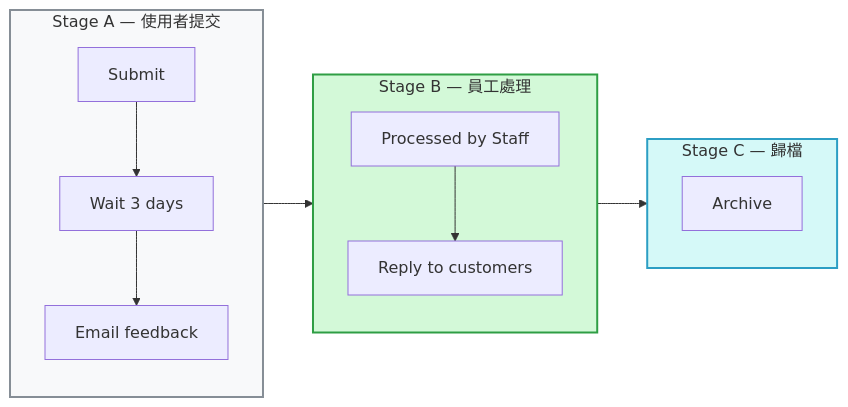
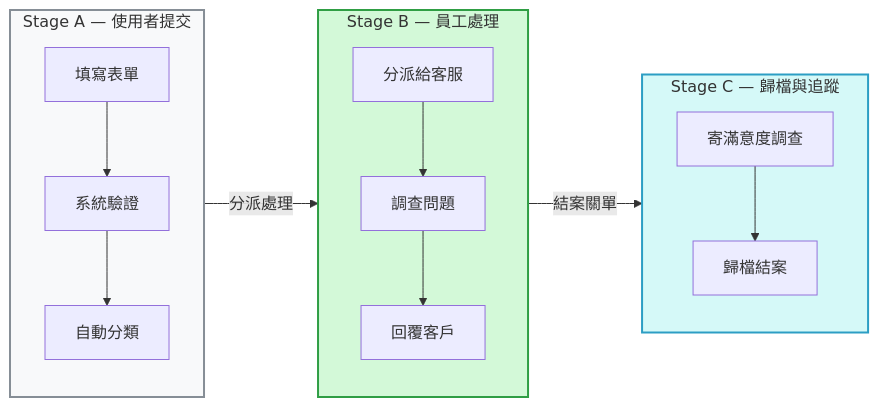
Before and after one commit to kouko/monkey-skills: diagram 14 of 15 in obsidian/skills/obsidian-mermaid-visualizer/flow/flowchart.md, drawn with Mermaid. The commit also changed other lines of this file, not shown here.

First paragraph of the commit message:
docs(obsidian-mermaid-visualizer): revise Example 7 step distribution + add transition labels to Examples 7 & 8 (PR #107 update)
Two user-requested refinements to the Example 7/8 pair.

````diff
--- a/obsidian/skills/obsidian-mermaid-visualizer/flow/flowchart.md
+++ b/obsidian/skills/obsidian-mermaid-visualizer/flow/flowchart.md
@@ -279,25 +279,26 @@
 ```mermaid
 graph LR
     subgraph stageA["Stage A — 使用者提交"]
         direction TB
-        A1["Submit"] --> A2["Wait 3 days"]
-        A2 --> A3["Email feedback"]
+        A1["填寫表單"] --> A2["系統驗證"]
+        A2 --> A3["自動分類"]
     end
 
     subgraph stageB["Stage B — 員工處理"]
         direction TB
-        B1["Processed by Staff"] --> B2["Reply to customers"]
+        B1["分派給客服"] --> B2["調查問題"]
+        B2 --> B3["回覆客戶"]
     end
 
-    subgraph stageC["Stage C — 歸檔"]
+    subgraph stageC["Stage C — 歸檔與追蹤"]
         direction TB
-        C1["Archive"]
+        C1["寄滿意度調查"] --> C2["歸檔結案"]
     end
 
-    stageA --> stageB
-    stageB --> stageC
+    stageA -->|"分派處理"| stageB
+    stageB -->|"結案關單"| stageC
 
     style stageA fill:#f8f9fa,stroke:#868e96,stroke-width:2px
     style stageB fill:#d3f9d8,stroke:#2f9e44,stroke-width:2px
     style stageC fill:#d5f9f8,stroke:#2c9ec4,stroke-width:2px
 ```
````
